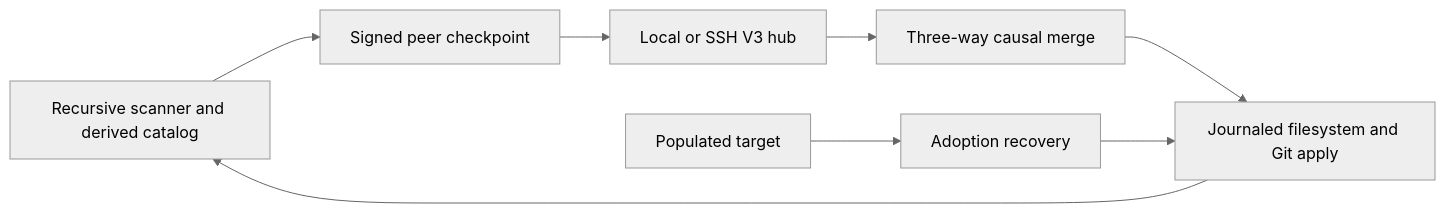
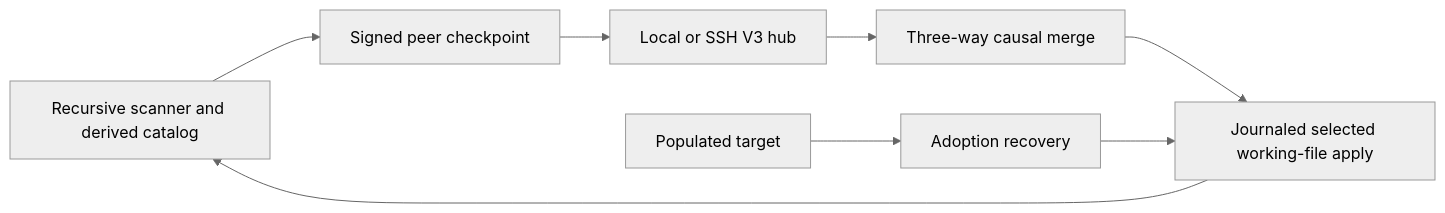
Before and after one commit to ContextNine/codefoldersync: the diagram in docs/README.md, drawn with Mermaid (neutral theme). The commit also changed other lines of this file and 18 other files, not shown here.

````diff
--- a/docs/README.md
+++ b/docs/README.md
@@ -9,10 +9,10 @@
 ```mermaid
 flowchart LR
   A["Recursive scanner and derived catalog"] --> P["Signed peer checkpoint"]
   P --> H["Local or SSH V3 hub"]
   H --> M["Three-way causal merge"]
-  M --> J["Journaled filesystem and Git apply"]
+  M --> J["Journaled selected working-file apply"]
   J --> A
   T["Populated target"] --> R["Adoption recovery"]
   R --> J
 ```
````
